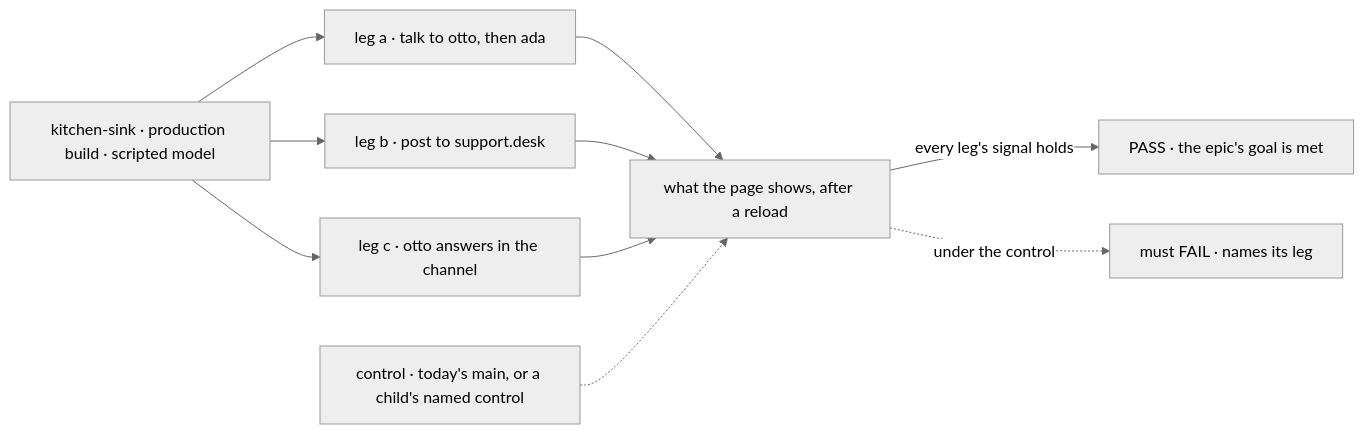
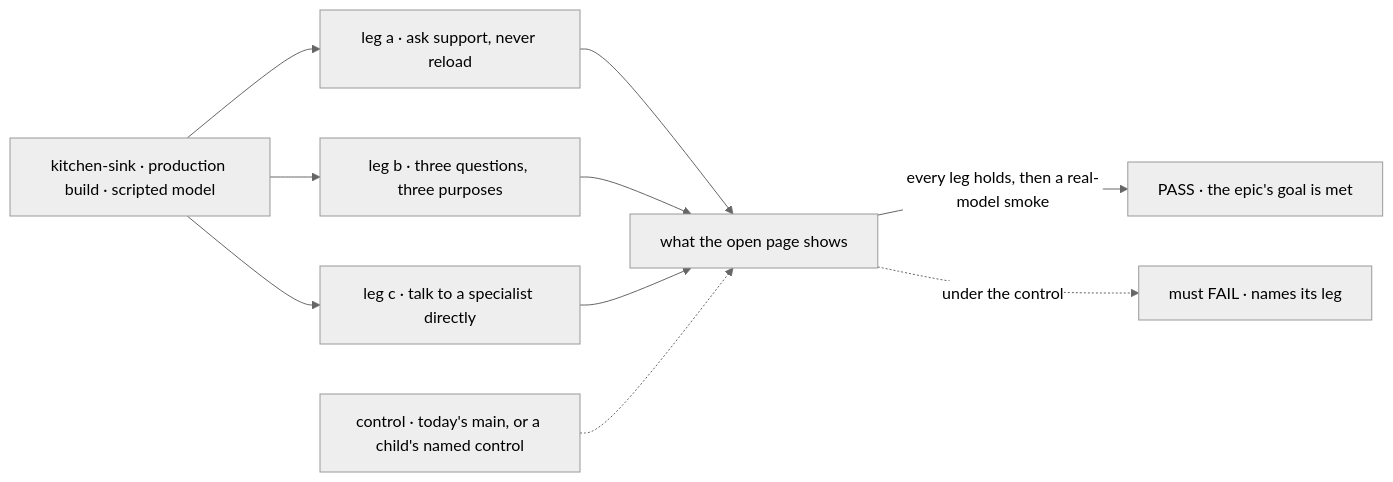
Before and after one commit to fixpoint-labs/flow-state-dev: the first of 2 diagrams in specs/epics/FIX-1592/SPEC.md, drawn with Mermaid (neutral theme). The commit also changed other lines of this file and 8 other files, not shown here.

First line of the commit message:
spec(FIX-1592): rebuild the kitchen-sink support example as a routed desk

````diff
--- a/specs/epics/FIX-1592/SPEC.md
+++ b/specs/epics/FIX-1592/SPEC.md
@@ -38,12 +44,12 @@
 ```mermaid
 flowchart LR
-  A["kitchen-sink · production build · scripted model"] --> L1["leg a · talk to otto, then ada"]
-  A --> L2["leg b · post to support.desk"]
-  A --> L3["leg c · otto answers in the channel"]
-  L1 --> R["what the page shows, after a reload"]
+  A["kitchen-sink · production build · scripted model"] --> L1["leg a · ask support, never reload"]
+  A --> L2["leg b · three questions, three purposes"]
+  A --> L3["leg c · talk to a specialist directly"]
+  L1 --> R["what the open page shows"]
   L2 --> R
   L3 --> R
-  R -->|"every leg's signal holds"| P["PASS · the epic's goal is met"]
+  R -->|"every leg holds, then a real-model smoke"| P["PASS · the epic's goal is met"]
   C["control · today's main, or a child's named control"] -.-> R
   R -.->|"under the control"| F["must FAIL · names its leg"]
 ```
````
